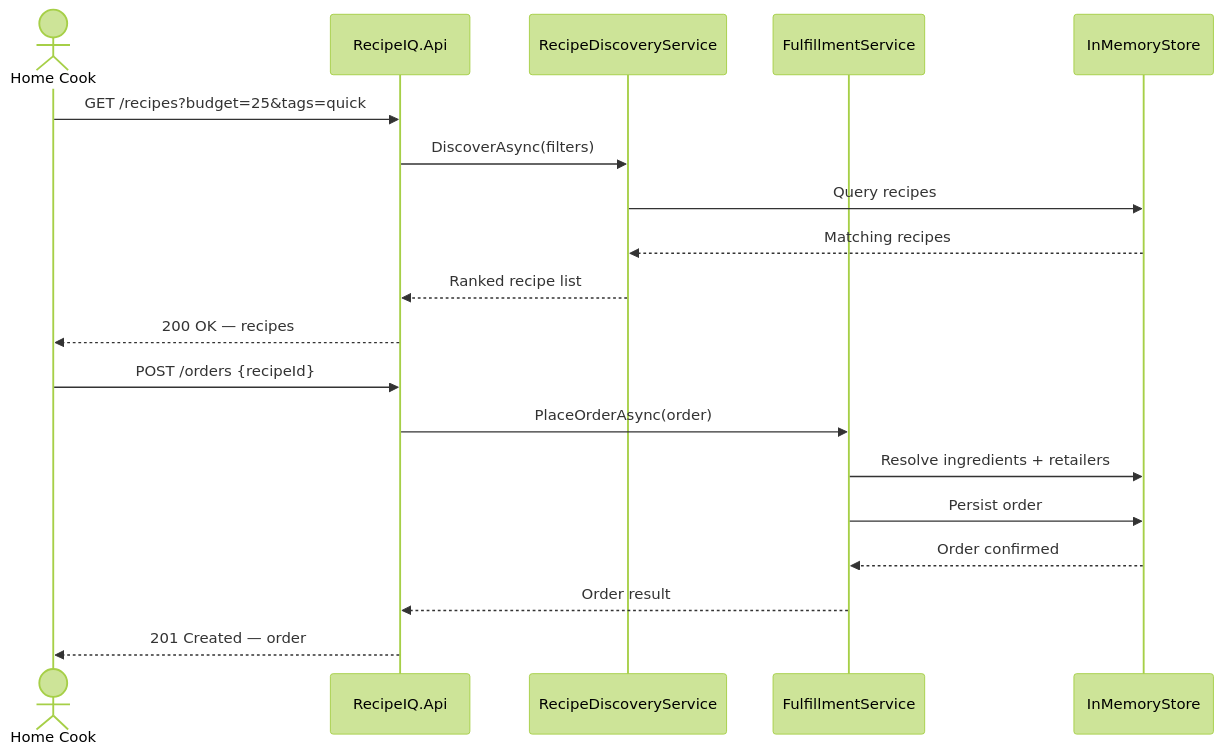
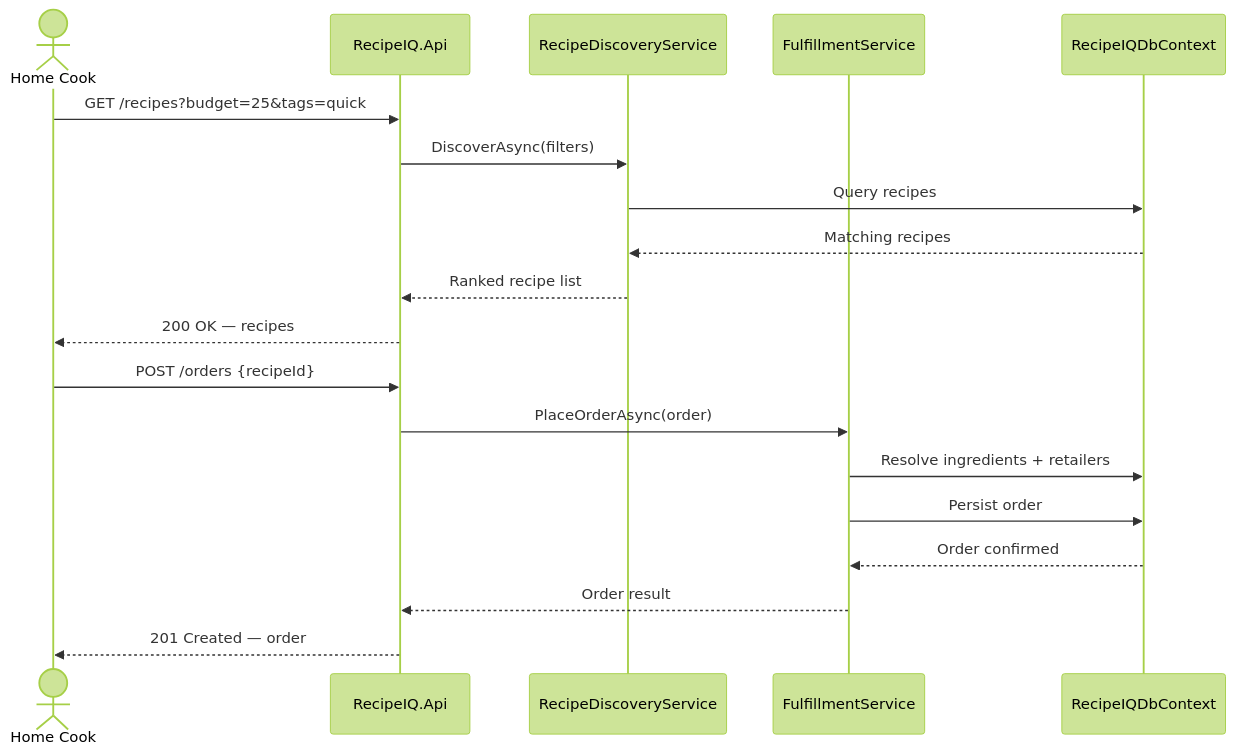
One commit to adammarquette/RecipeIQ changed the third of 4 diagrams in .docs/architecture.md. Above: the diagram before and after it, drawn with Mermaid (forest theme). The commit also changed other lines of this file and 53 other files, not shown here.

````diff
--- a/.docs/architecture.md
+++ b/.docs/architecture.md
@@ -125,23 +139,23 @@
 ```mermaid
 sequenceDiagram
     actor Cook as Home Cook
     participant API as RecipeIQ.Api
     participant RDS as RecipeDiscoveryService
     participant FS as FulfillmentService
-    participant Store as InMemoryStore
+    participant Store as RecipeIQDbContext
 
     Cook->>API: GET /recipes?budget=25&tags=quick
     API->>RDS: DiscoverAsync(filters)
     RDS->>Store: Query recipes
     Store-->>RDS: Matching recipes
     RDS-->>API: Ranked recipe list
     API-->>Cook: 200 OK — recipes
 
     Cook->>API: POST /orders {recipeId}
     API->>FS: PlaceOrderAsync(order)
     FS->>Store: Resolve ingredients + retailers
     FS->>Store: Persist order
     Store-->>FS: Order confirmed
     FS-->>API: Order result
     API-->>Cook: 201 Created — order
 ```
````
